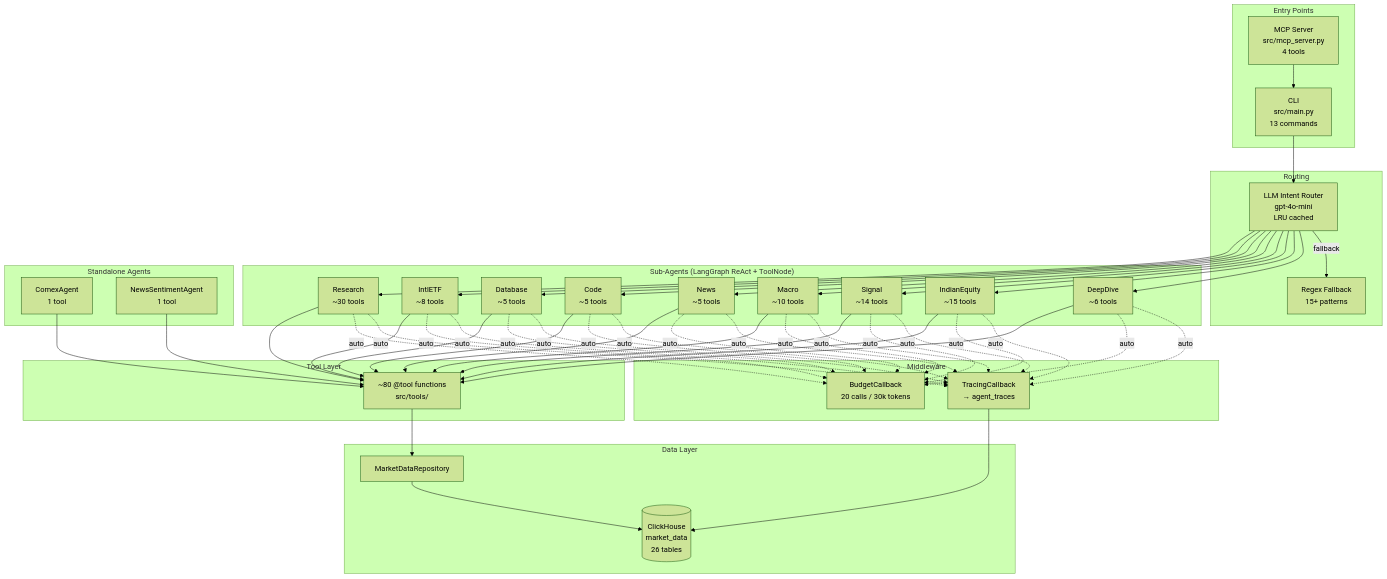
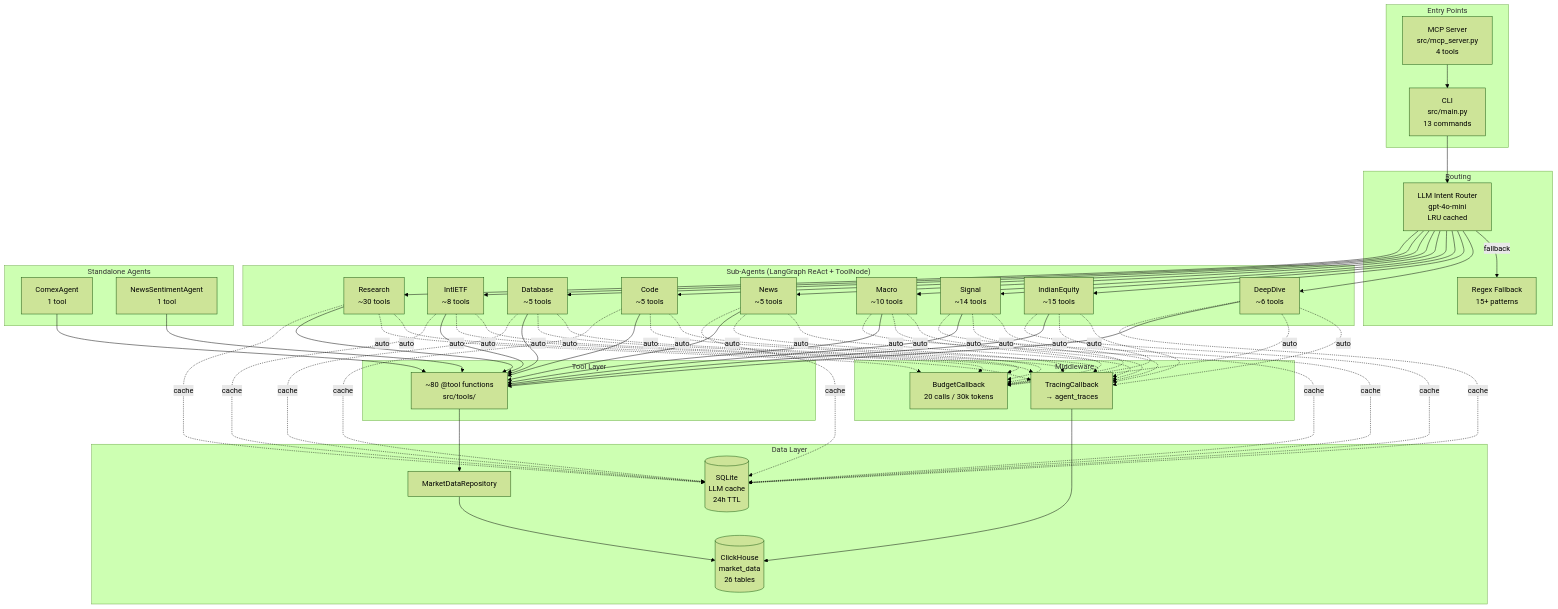
The diagram in docs/agent-architecture.md (Mosaic-agent/Mosaic-fund-agent), drawn with Mermaid (forest theme) before and after one commit. The commit also changed other lines of this file, not shown here.

First line of the commit message:
docs: document local model fallback routing and SQLite LLM cache

````diff
--- a/docs/agent-architecture.md
+++ b/docs/agent-architecture.md
@@ -397,53 +414,55 @@
 ```mermaid
 graph TB
     subgraph "Entry Points"
         CLI["CLI<br/>src/main.py<br/>13 commands"]
         MCP["MCP Server<br/>src/mcp_server.py<br/>4 tools"]
     end
 
     subgraph "Routing"
         IR["LLM Intent Router<br/>gpt-4o-mini<br/>LRU cached"]
         RX["Regex Fallback<br/>15+ patterns"]
     end
 
     subgraph "Middleware"
         TRC["TracingCallback<br/>→ agent_traces"]
         BUD["BudgetCallback<br/>20 calls / 30k tokens"]
     end
 
     subgraph "Sub-Agents (LangGraph ReAct + ToolNode)"
         DD["DeepDive<br/>~6 tools"]
         IE["IndianEquity<br/>~15 tools"]
         SIG["Signal<br/>~14 tools"]
         MAC["Macro<br/>~10 tools"]
         NEWS["News<br/>~5 tools"]
         CODE["Code<br/>~5 tools"]
         DB["Database<br/>~5 tools"]
         INTL["IntlETF<br/>~8 tools"]
         RES["Research<br/>~30 tools"]
     end
 
     subgraph "Standalone Agents"
         COMEX["ComexAgent<br/>1 tool"]
         NSENT["NewsSentimentAgent<br/>1 tool"]
     end
 
     subgraph "Tool Layer"
         T["~80 @tool functions<br/>src/tools/"]
     end
 
     subgraph "Data Layer"
         REPO["MarketDataRepository"]
         CH[("ClickHouse<br/>market_data<br/>26 tables")]
+        SQLITE[("SQLite<br/>LLM cache<br/>24h TTL")]
     end
 
     CLI --> IR
     MCP --> CLI
     IR -->|fallback| RX
     IR --> DD & IE & SIG & MAC & NEWS & CODE & DB & INTL & RES
     DD & IE & SIG & MAC & NEWS & CODE & DB & INTL & RES -.->|auto| TRC & BUD
     DD & IE & SIG & MAC & NEWS & CODE & DB & INTL & RES --> T
     COMEX & NSENT --> T
     T --> REPO --> CH
     TRC --> CH
+    DD & IE & SIG & MAC & NEWS & CODE & DB & INTL & RES -.->|cache| SQLITE
 ```
````
